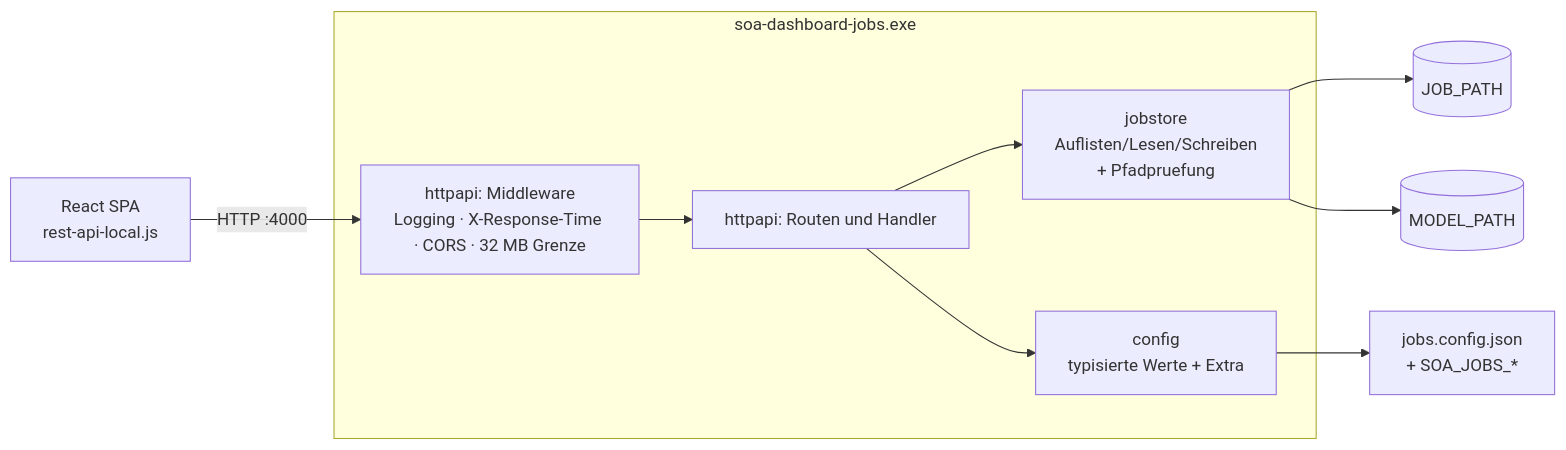
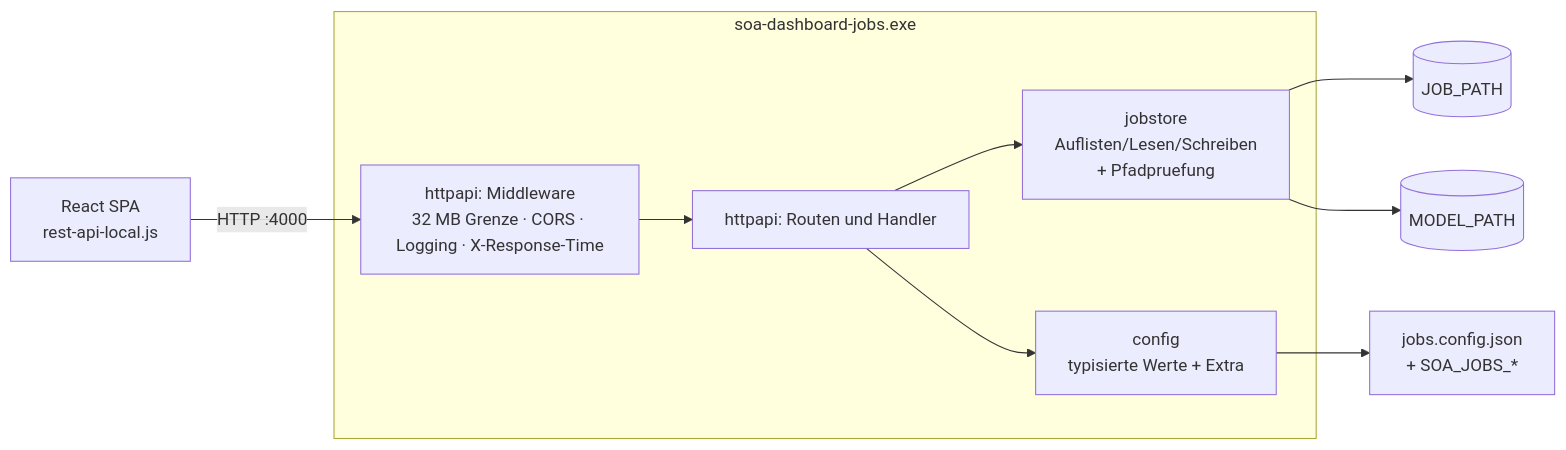
The diagram in README.md (h9h/soa-dashboard-jobs), drawn with Mermaid before and after one commit. The commit also changed other lines of this file and 9 other files, not shown here.

````diff
--- a/README.md
+++ b/README.md
@@ -27,12 +27,12 @@
 ```mermaid
 flowchart LR
   FE["React SPA<br/>rest-api-local.js"] -->|HTTP :4000| MW
   subgraph bin["soa-dashboard-jobs.exe"]
-    MW["httpapi: Middleware<br/>Logging · X-Response-Time · CORS · 32 MB Grenze"] --> R["httpapi: Routen und Handler"]
+    MW["httpapi: Middleware<br/>32 MB Grenze · CORS · Logging · X-Response-Time"] --> R["httpapi: Routen und Handler"]
     R --> S["jobstore<br/>Auflisten/Lesen/Schreiben<br/>+ Pfadpruefung"]
     R --> C["config<br/>typisierte Werte + Extra"]
   end
   S --> FSJ[("JOB_PATH")]
   S --> FSM[("MODEL_PATH")]
   C --> CF["jobs.config.json<br/>+ SOA_JOBS_*"]
 ```
````
